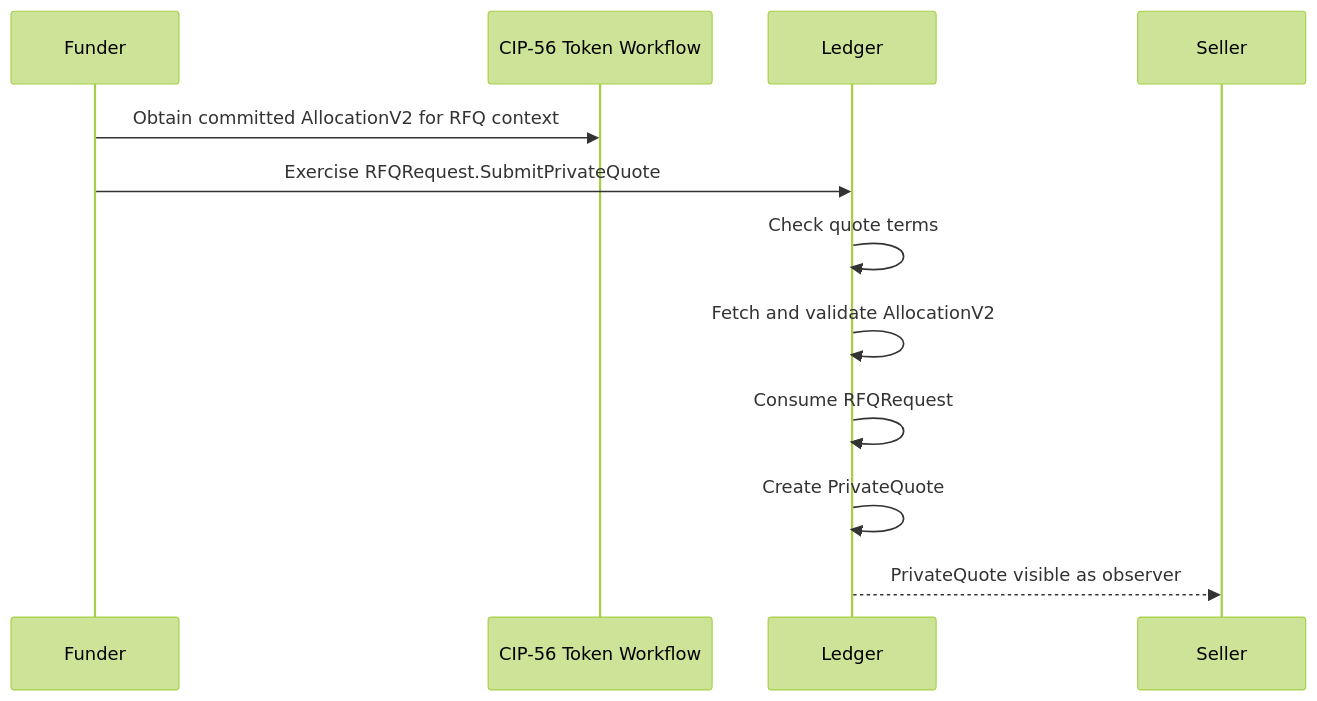
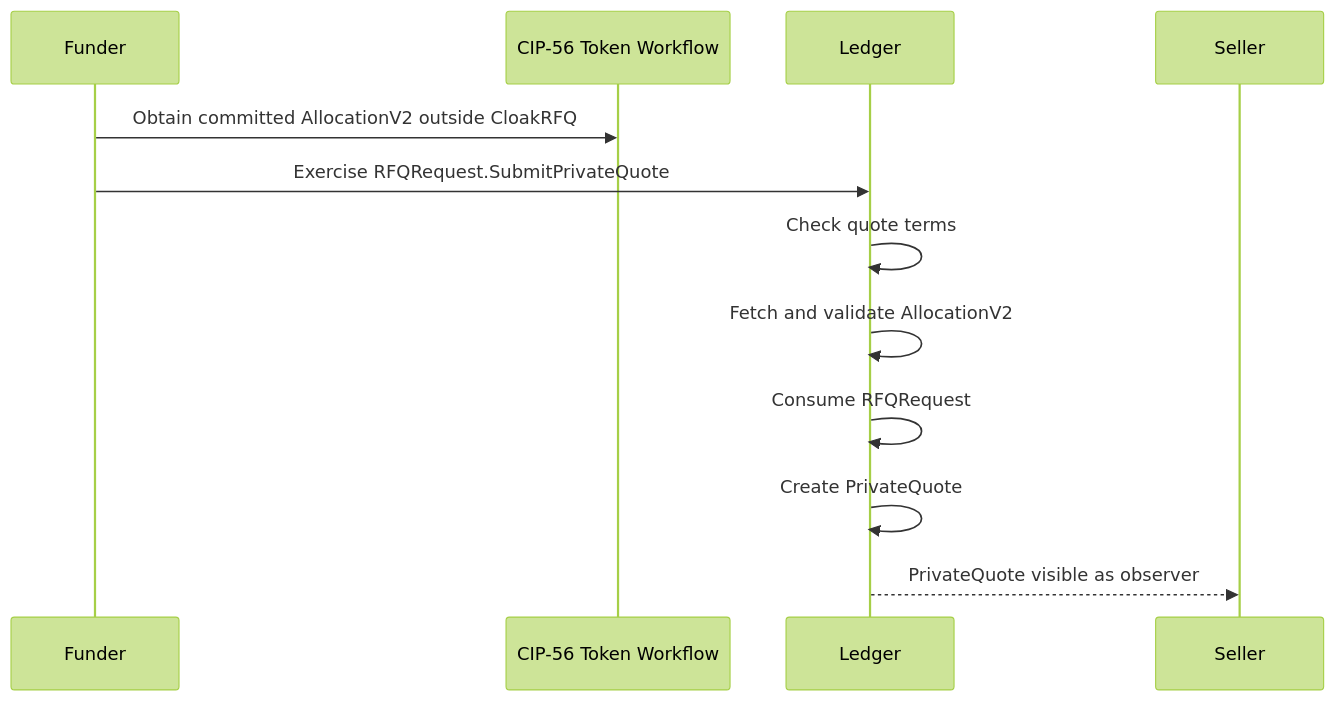
Before and after one commit to no-witness-labs/canton-hackathon-cloakRFQ: the fourth of 8 diagrams in docs/technical-design/004-workflow-diagrams.md, drawn with Mermaid (forest theme). The commit also changed other lines of this file, not shown here.

Commit message:
docs: clarify phase 2 workflow diagrams

````diff
--- a/docs/technical-design/004-workflow-diagrams.md
+++ b/docs/technical-design/004-workflow-diagrams.md
@@ -83,15 +83,15 @@
 ```mermaid
 sequenceDiagram
     participant F as Funder
     participant T as CIP-56 Token Workflow
     participant L as Ledger
     participant S as Seller
 
-    F->>T: Obtain committed AllocationV2 for RFQ context
+    F->>T: Obtain committed AllocationV2 outside CloakRFQ
     F->>L: Exercise RFQRequest.SubmitPrivateQuote
     L->>L: Check quote terms
     L->>L: Fetch and validate AllocationV2
     L->>L: Consume RFQRequest
     L->>L: Create PrivateQuote
     L-->>S: PrivateQuote visible as observer
 ```
````
